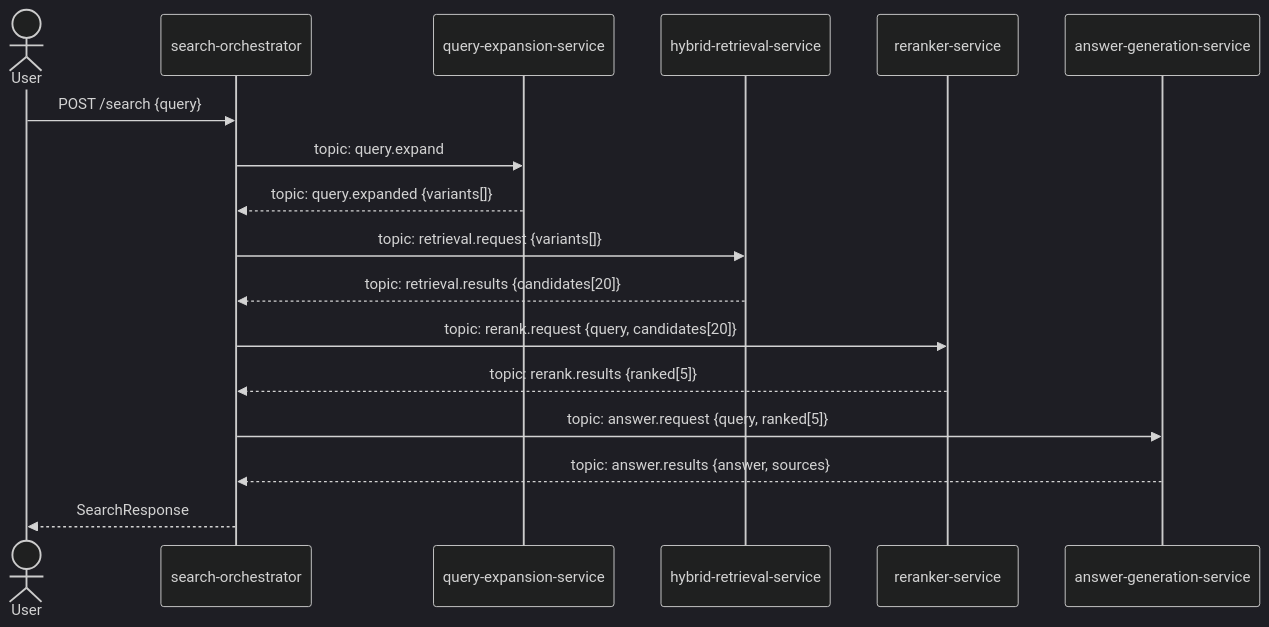
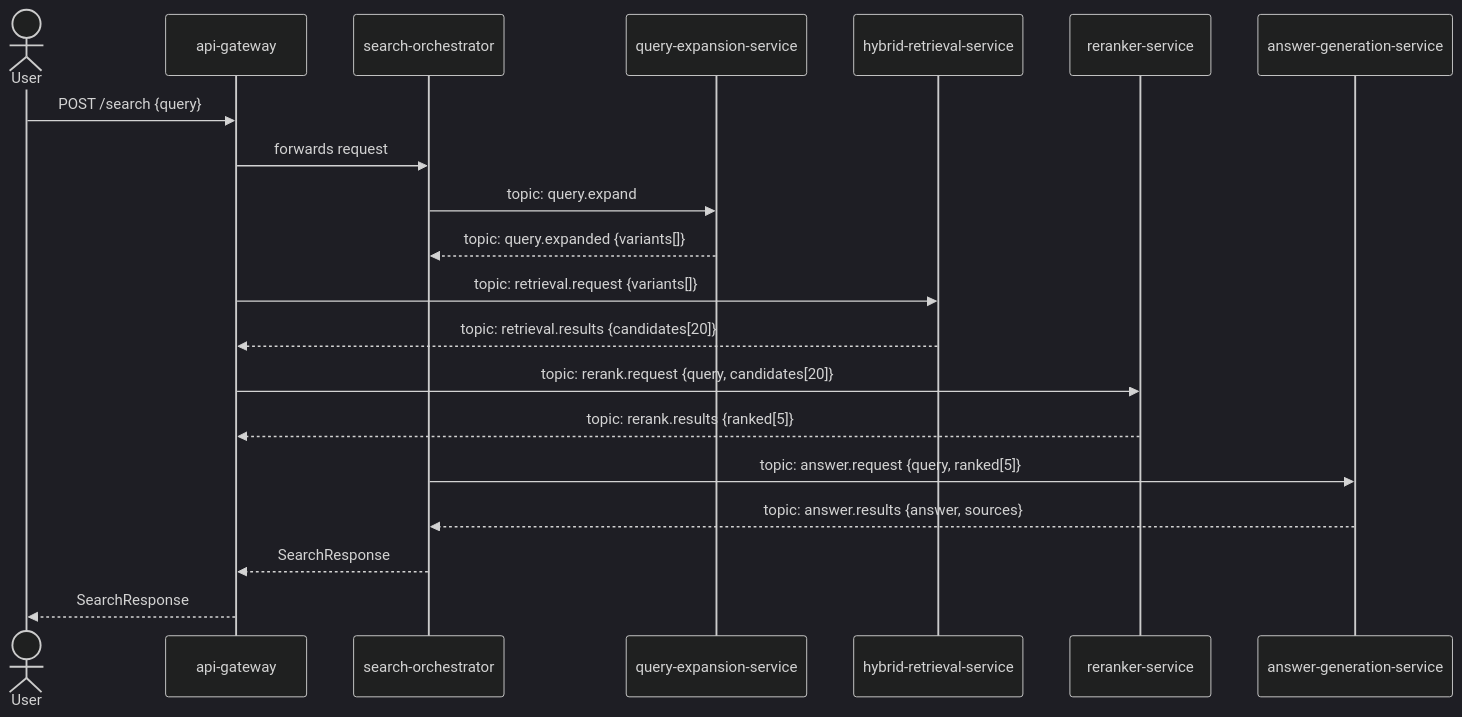
One commit to Peqchji/spring-ai-search-engine changed the second of 2 diagrams in README.md. Above: the diagram before and after it, drawn with Mermaid (dark theme). The commit also changed other lines of this file and 1 other file, not shown here.

Commit message:
docs(architecture): Update diagrams with api-gateway as edge and MongoDB to Kafka Connect Source

````diff
--- a/README.md
+++ b/README.md
@@ -58,25 +63,28 @@
 ```mermaid
 sequenceDiagram
     actor User
-    participant GW as search-orchestrator
+    participant GW as api-gateway
+    participant ORCH as search-orchestrator
     participant QE as query-expansion-service
     participant HR as hybrid-retrieval-service
     participant RR as reranker-service
     participant AG as answer-generation-service
 
     User->>GW: POST /search {query}
+    GW->>ORCH: forwards request
 
-    GW->>QE: topic: query.expand
-    QE-->>GW: topic: query.expanded {variants[]}
+    ORCH->>QE: topic: query.expand
+    QE-->>ORCH: topic: query.expanded {variants[]}
 
     GW->>HR: topic: retrieval.request {variants[]}
     HR-->>GW: topic: retrieval.results {candidates[20]}
 
     GW->>RR: topic: rerank.request {query, candidates[20]}
     RR-->>GW: topic: rerank.results {ranked[5]}
 
-    GW->>AG: topic: answer.request {query, ranked[5]}
-    AG-->>GW: topic: answer.results {answer, sources}
+    ORCH->>AG: topic: answer.request {query, ranked[5]}
+    AG-->>ORCH: topic: answer.results {answer, sources}
 
+    ORCH-->>GW: SearchResponse
     GW-->>User: SearchResponse
 ```
````
